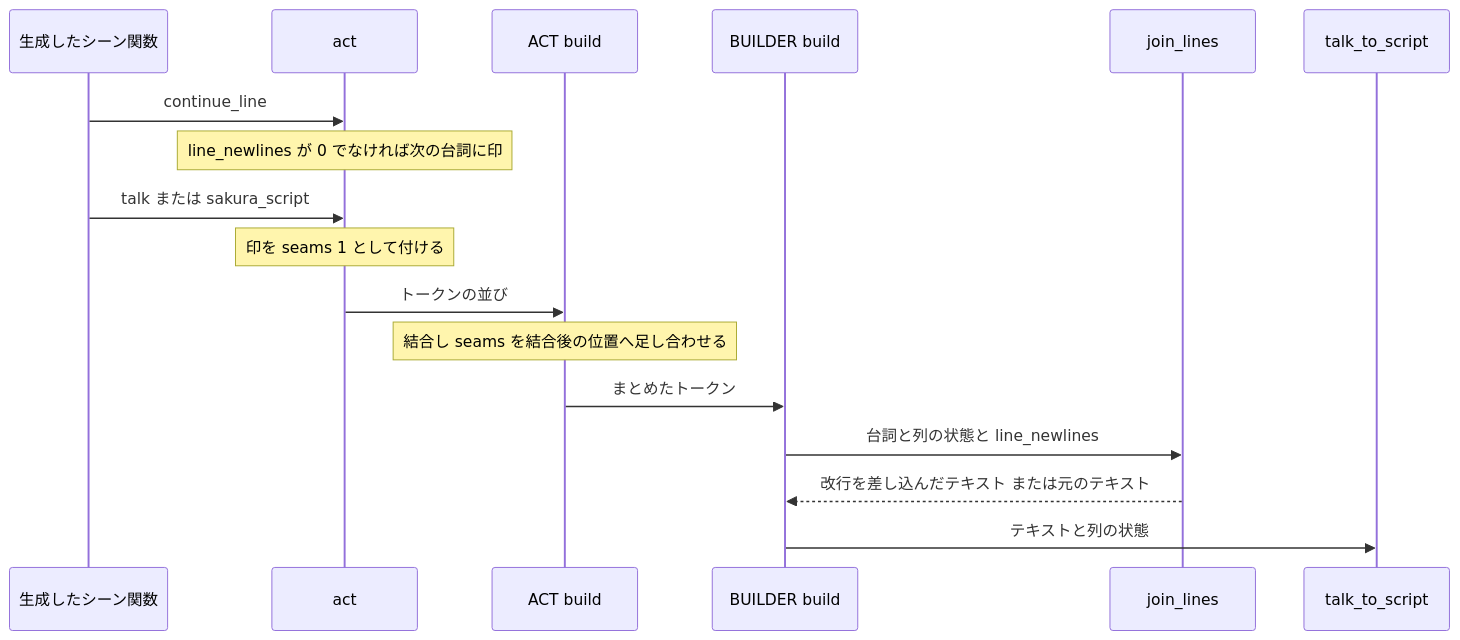
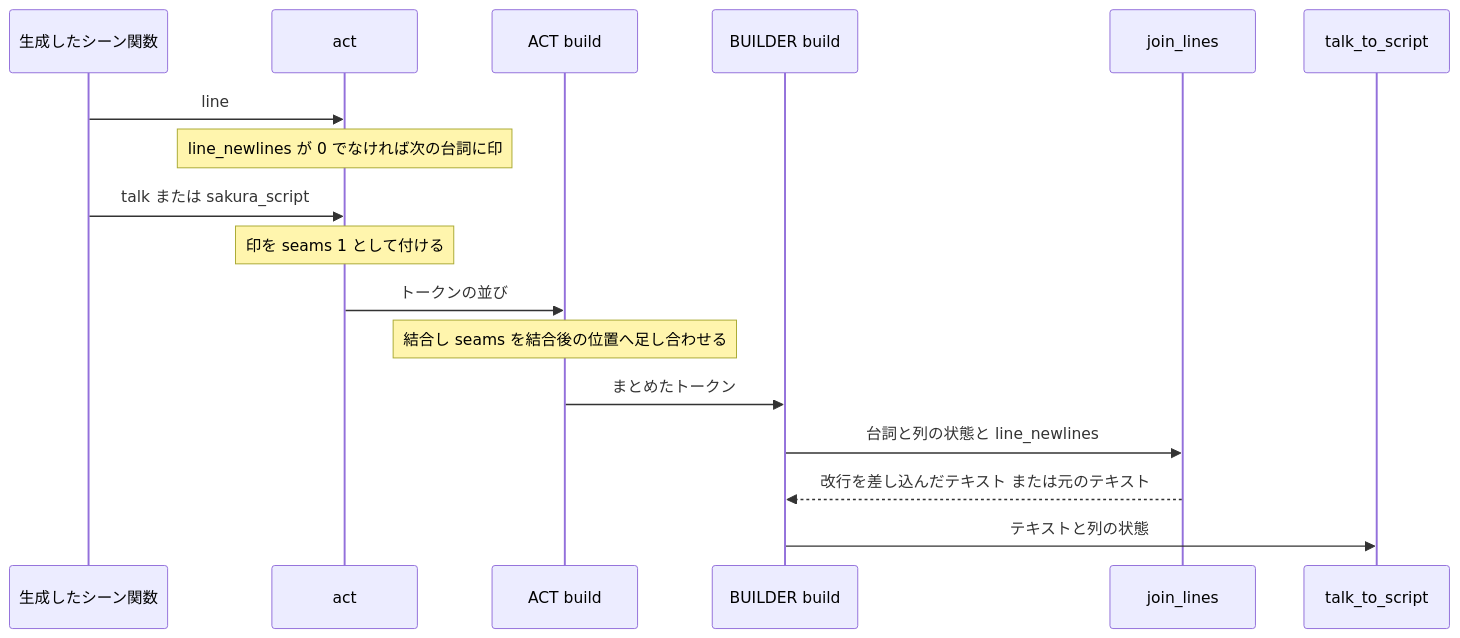
The second of 3 diagrams in .kiro/specs/actor-line-newlines/design.md (ekicyou/pasta), drawn with Mermaid before and after one commit. The commit also changed other lines of this file and 3 other files, not shown here.

````diff
--- a/.kiro/specs/actor-line-newlines/design.md
+++ b/.kiro/specs/actor-line-newlines/design.md
@@ -133,19 +133,19 @@
 ```mermaid
 sequenceDiagram
     participant Gen as 生成したシーン関数
     participant Act as act
     participant Merge as ACT build
     participant B as BUILDER build
     participant J as join_lines
     participant R as talk_to_script
-    Gen->>Act: continue_line
+    Gen->>Act: line
     Note over Act: line_newlines が 0 でなければ次の台詞に印
     Gen->>Act: talk または sakura_script
     Note over Act: 印を seams 1 として付ける
     Act->>Merge: トークンの並び
     Note over Merge: 結合し seams を結合後の位置へ足し合わせる
     Merge->>B: まとめたトークン
     B->>J: 台詞と列の状態と line_newlines
     J-->>B: 改行を差し込んだテキスト または元のテキスト
     B->>R: テキストと列の状態
 ```
````
